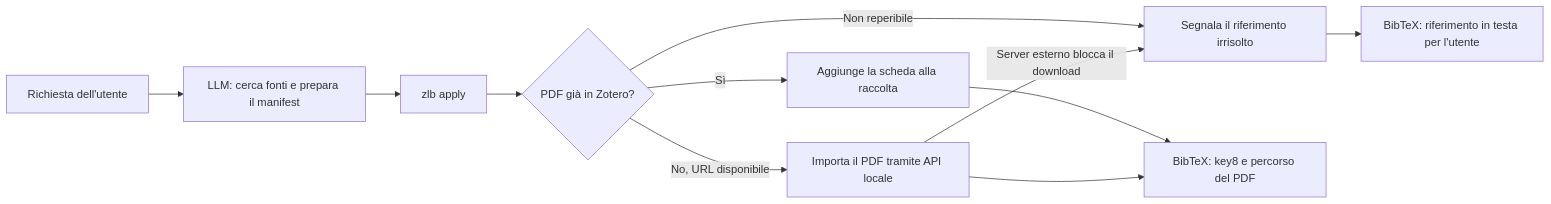
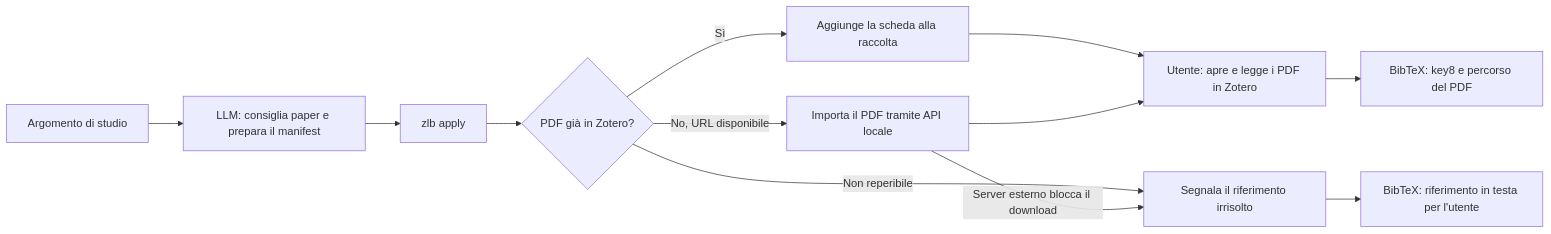
One commit to paolovolterra/zotero-llm-bridge changed the diagram in README.md. Above: the diagram before and after it, drawn with Mermaid. The commit also changed other lines of this file and 2 other files, not shown here.

````diff
--- a/README.md
+++ b/README.md
@@ -11,13 +11,14 @@
 ```mermaid
 flowchart LR
-    A["Richiesta dell'utente"] --> B["LLM: cerca fonti e prepara il manifest"]
+    A["Argomento di studio"] --> B["LLM: consiglia paper e prepara il manifest"]
     B --> C["zlb apply"]
     C --> D{"PDF già in Zotero?"}
     D -->|Sì| E["Aggiunge la scheda alla raccolta"]
     D -->|No, URL disponibile| F["Importa il PDF tramite API locale"]
     D -->|Non reperibile| G["Segnala il riferimento irrisolto"]
     F -->|Server esterno blocca il download| G
-    E --> H["BibTeX: key8 e percorso del PDF"]
+    E --> H["Utente: apre e legge i PDF in Zotero"]
     F --> H
+    H --> J["BibTeX: key8 e percorso del PDF"]
     G --> I["BibTeX: riferimento in testa per l'utente"]
 ```
````
